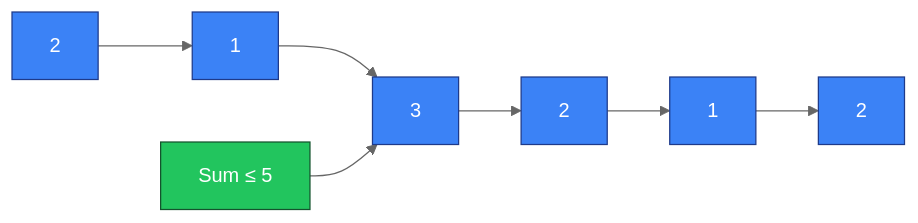
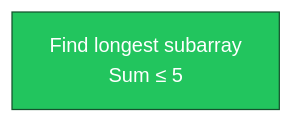
The third of 11 diagrams in sliding-window.md (bhaskarneerati/coding-mermaid-diagrams), drawn with Mermaid (neutral theme) before and after one commit. The commit also changed other lines of this file, not shown here.

````diff
--- a/sliding-window.md
+++ b/sliding-window.md
@@ -44,13 +43,8 @@
 ```mermaid
 flowchart LR
-C1[2] --> C2[1] --> C3[3] --> C4[2] --> C5[1] --> C6[2]
-cond[Sum ≤ 5]
+goal[Find longest subarray<br/>Sum ≤ 5]
 
-cond --> C3
-
-classDef base fill:#3b82f6,stroke:#1e3a8a,color:#ffffff;
 classDef good fill:#22c55e,stroke:#14532d,color:#ffffff;
 
-class C1,C2,C3,C4,C5,C6 base;
-class cond good;
+class goal good;
 ```
````
